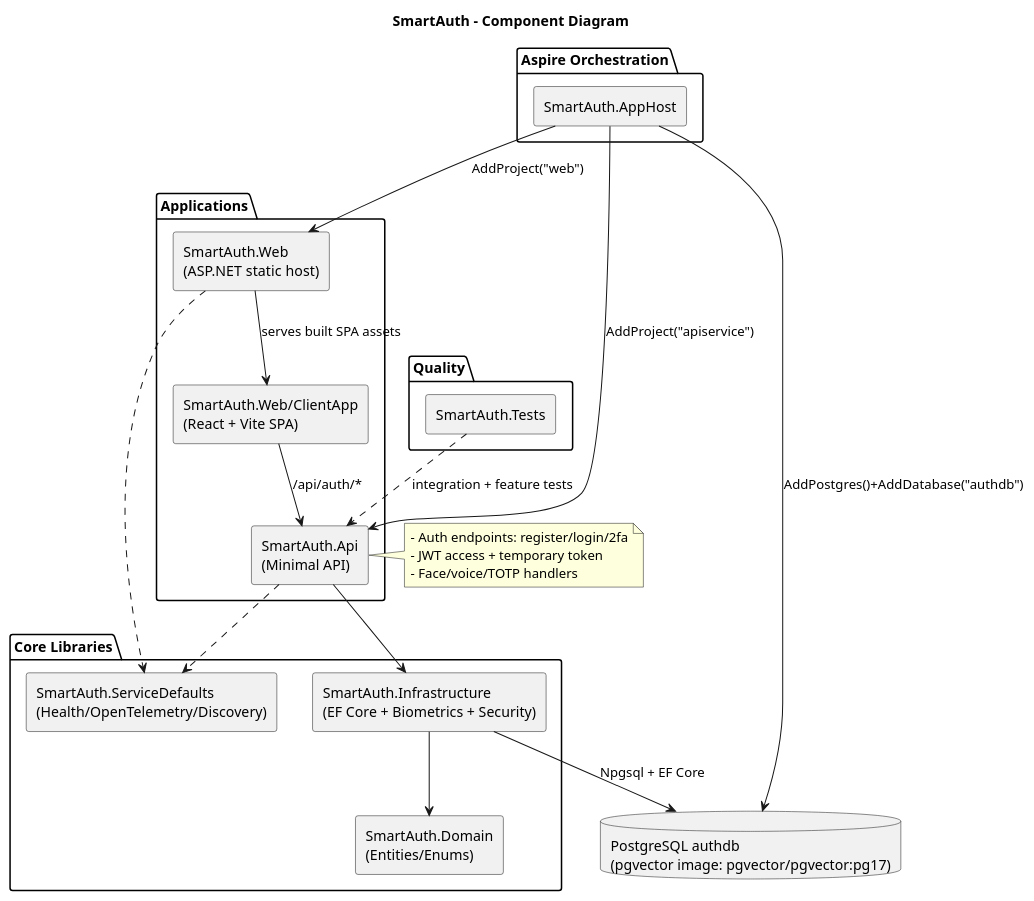
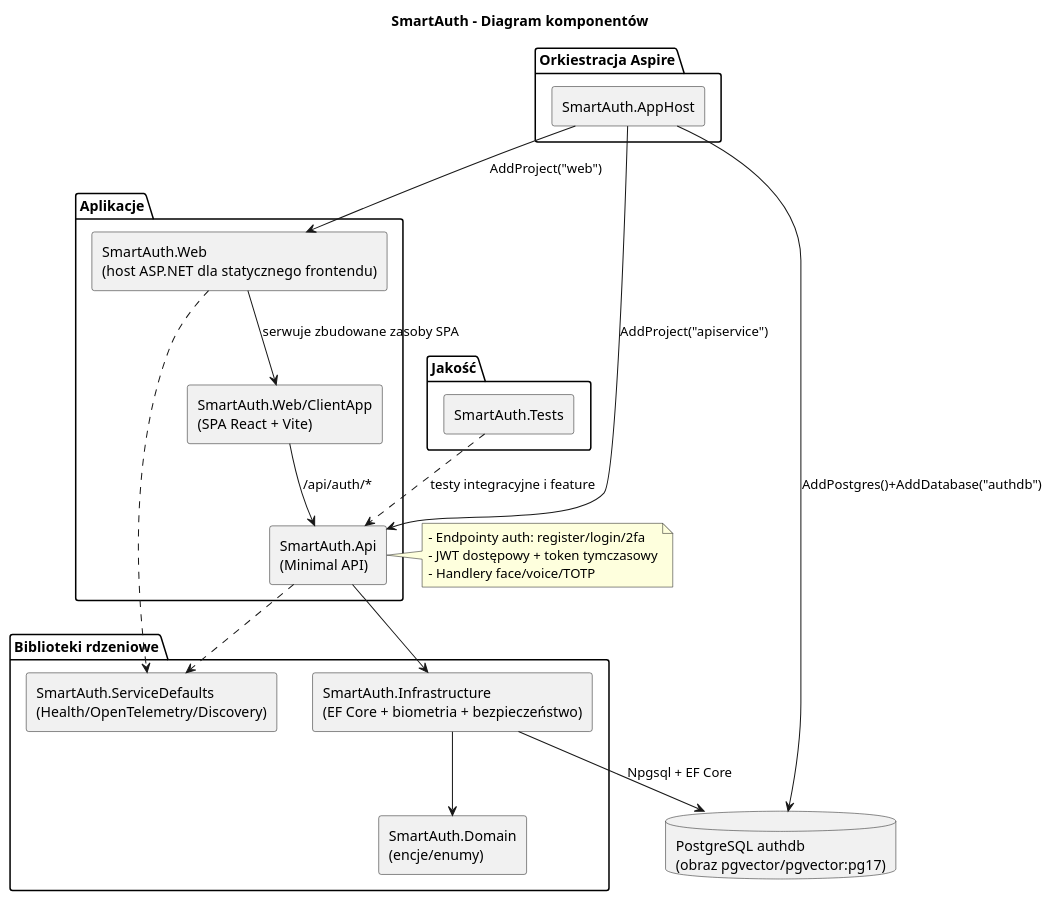
The diagram in docs/diagrams/plantuml/01-component.puml (nozbieg/SmartAuth), drawn with PlantUML before and after one commit. The commit also changed 11 other files, not shown here.

Commit message:
Translate diagrams documentation to Polish

```diff
--- a/docs/diagrams/plantuml/01-component.puml
+++ b/docs/diagrams/plantuml/01-component.puml
@@ -1,49 +1,49 @@
 @startuml
 skinparam componentStyle rectangle
 skinparam shadowing false
-title SmartAuth - Component Diagram
+title SmartAuth - Diagram komponentów
 
-package "Aspire Orchestration" {
+package "Orkiestracja Aspire" {
   [SmartAuth.AppHost] as AppHost
 }
 
-package "Applications" {
-  [SmartAuth.Web\n(ASP.NET static host)] as Web
-  [SmartAuth.Web/ClientApp\n(React + Vite SPA)] as ClientApp
+package "Aplikacje" {
+  [SmartAuth.Web\n(host ASP.NET dla statycznego frontendu)] as Web
+  [SmartAuth.Web/ClientApp\n(SPA React + Vite)] as ClientApp
   [SmartAuth.Api\n(Minimal API)] as Api
 }
 
-package "Core Libraries" {
+package "Biblioteki rdzeniowe" {
   [SmartAuth.ServiceDefaults\n(Health/OpenTelemetry/Discovery)] as ServiceDefaults
-  [SmartAuth.Infrastructure\n(EF Core + Biometrics + Security)] as Infra
-  [SmartAuth.Domain\n(Entities/Enums)] as Domain
+  [SmartAuth.Infrastructure\n(EF Core + biometria + bezpieczeństwo)] as Infra
+  [SmartAuth.Domain\n(encje/enumy)] as Domain
 }
 
-database "PostgreSQL authdb\n(pgvector image: pgvector/pgvector:pg17)" as Postgres
+database "PostgreSQL authdb\n(obraz pgvector/pgvector:pg17)" as Postgres
 
-package "Quality" {
+package "Jakość" {
   [SmartAuth.Tests] as Tests
 }
 
 AppHost --> Web : AddProject("web")
 AppHost --> Api : AddProject("apiservice")
 AppHost --> Postgres : AddPostgres()+AddDatabase("authdb")
 
-Web --> ClientApp : serves built SPA assets
+Web --> ClientApp : serwuje zbudowane zasoby SPA
 ClientApp --> Api : /api/auth/*
 
 Web ..> ServiceDefaults
 Api ..> ServiceDefaults
 
 Api --> Infra
 Infra --> Domain
 Infra --> Postgres : Npgsql + EF Core
 
-Tests ..> Api : integration + feature tests
+Tests ..> Api : testy integracyjne i feature
 
 note right of Api
-- Auth endpoints: register/login/2fa
-- JWT access + temporary token
-- Face/voice/TOTP handlers
+- Endpointy auth: register/login/2fa
+- JWT dostępowy + token tymczasowy
+- Handlery face/voice/TOTP
 end note
 @enduml
```
